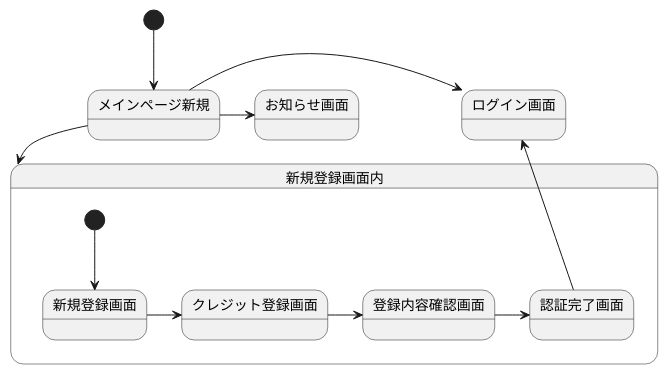
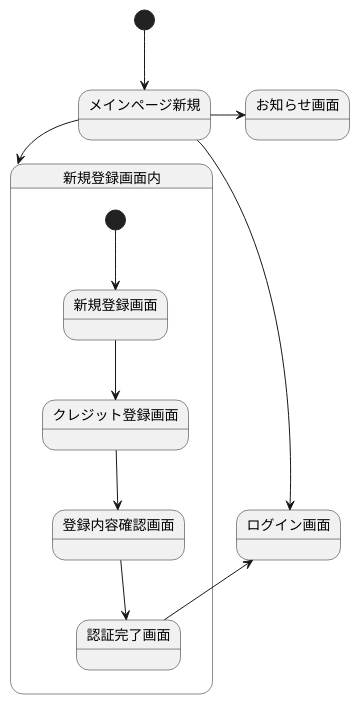
The diagram in 画面遷移図.md (Aso2001147/2021SystemDesign), drawn with PlantUML before and after one commit.

````diff
--- a/画面遷移図.md
+++ b/画面遷移図.md
@@ -1,19 +1,19 @@
 ```uml
 @startuml
 [*] --> メインページ新規
 メインページ新規 -> お知らせ画面
 メインページ新規 -> ログイン画面
 メインページ新規 --> 新規登録画面内
 
 state 新規登録画面内{
 [*] --> 新規登録画面
-新規登録画面 -> クレジット登録画面
-クレジット登録画面 -> 登録内容確認画面
-登録内容確認画面 -> 認証完了画面
+新規登録画面 -down-> クレジット登録画面
+クレジット登録画面 -down-> 登録内容確認画面
+登録内容確認画面 -down-> 認証完了画面
 認証完了画面 -up-> ログイン画面
 }
 
 
 
 @enduml
 ```
````
